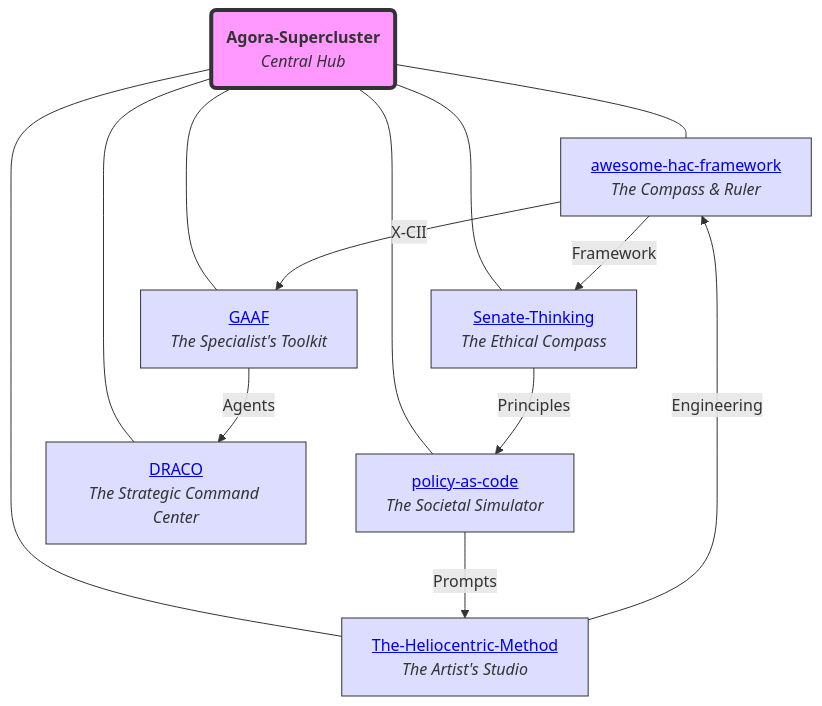
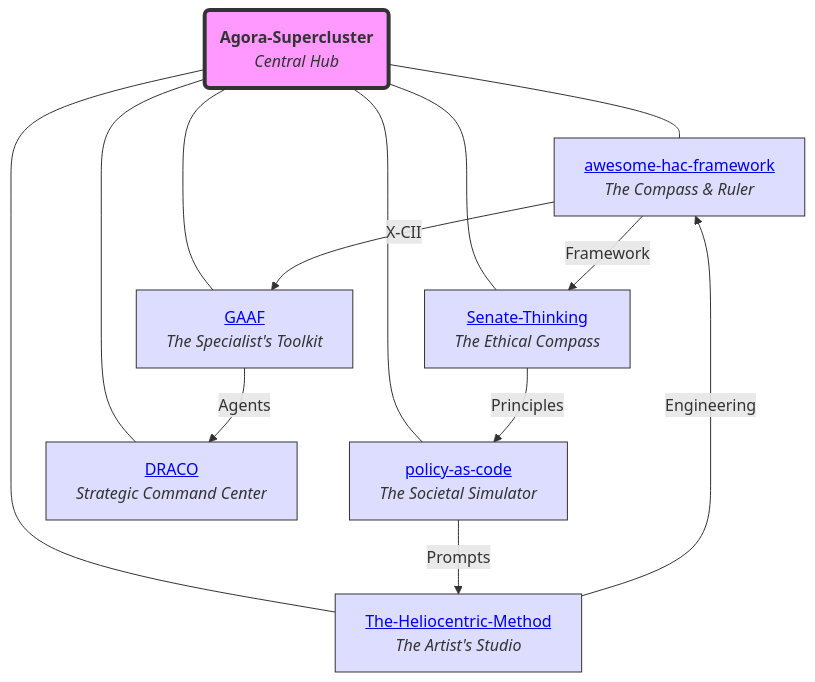
Before and after one commit to torisan-unya/Agora-Supercluster: the diagram in README.md, drawn with Mermaid.

````diff
--- a/README.md
+++ b/README.md
@@ -19,22 +19,22 @@
 ```mermaid
 graph TD
     A("<b>Agora-Supercluster</b><br><i>Central Hub</i>")
     B["<a href='https://github.com/torisan-unya/awesome-hac-framework'>awesome-hac-framework</a><br><i>The Compass & Ruler</i>"]
     C["<a href='https://github.com/torisan-unya/Senate-Thinking'>Senate-Thinking</a><br><i>The Ethical Compass</i>"]
     D["<a href='https://github.com/torisan-unya/The-Heliocentric-Method'>The-Heliocentric-Method</a><br><i>The Artist's Studio</i>"]
     E["<a href='https://github.com/torisan-unya/GAAF'>GAAF</a><br><i>The Specialist's Toolkit</i>"]
     F["<a href='https://github.com/torisan-unya/policy-as-code'>policy-as-code</a><br><i>The Societal Simulator</i>"]
-    H["<a href='https://github.com/torisan-unya/DRACO'>DRACO</a><br><i>The Strategic Command Center</i>"]
+    H["<a href='https://github.com/torisan-unya/DRACO'>DRACO</a><br><i>Strategic Command Center</i>"]
     A --- B & C & D & E & F & H
     B -- X-CII --> E
     B -- Framework --> C
     F -- Prompts --> D
     C -- Principles --> F
     D -- Engineering --> B
     E -- Agents --> H
     classDef hub fill:#f9f,stroke:#333,stroke-width:4px;
     class A hub;
     classDef core fill:#ddf,stroke:#333;
     class B,C,D,E,F,H core;
 
 ```
````
